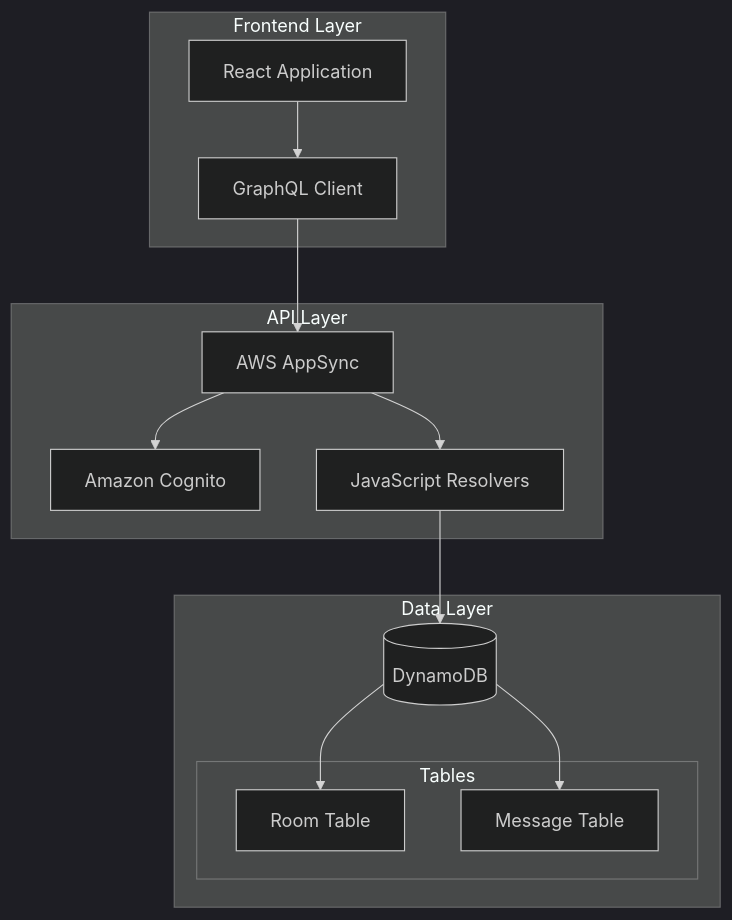
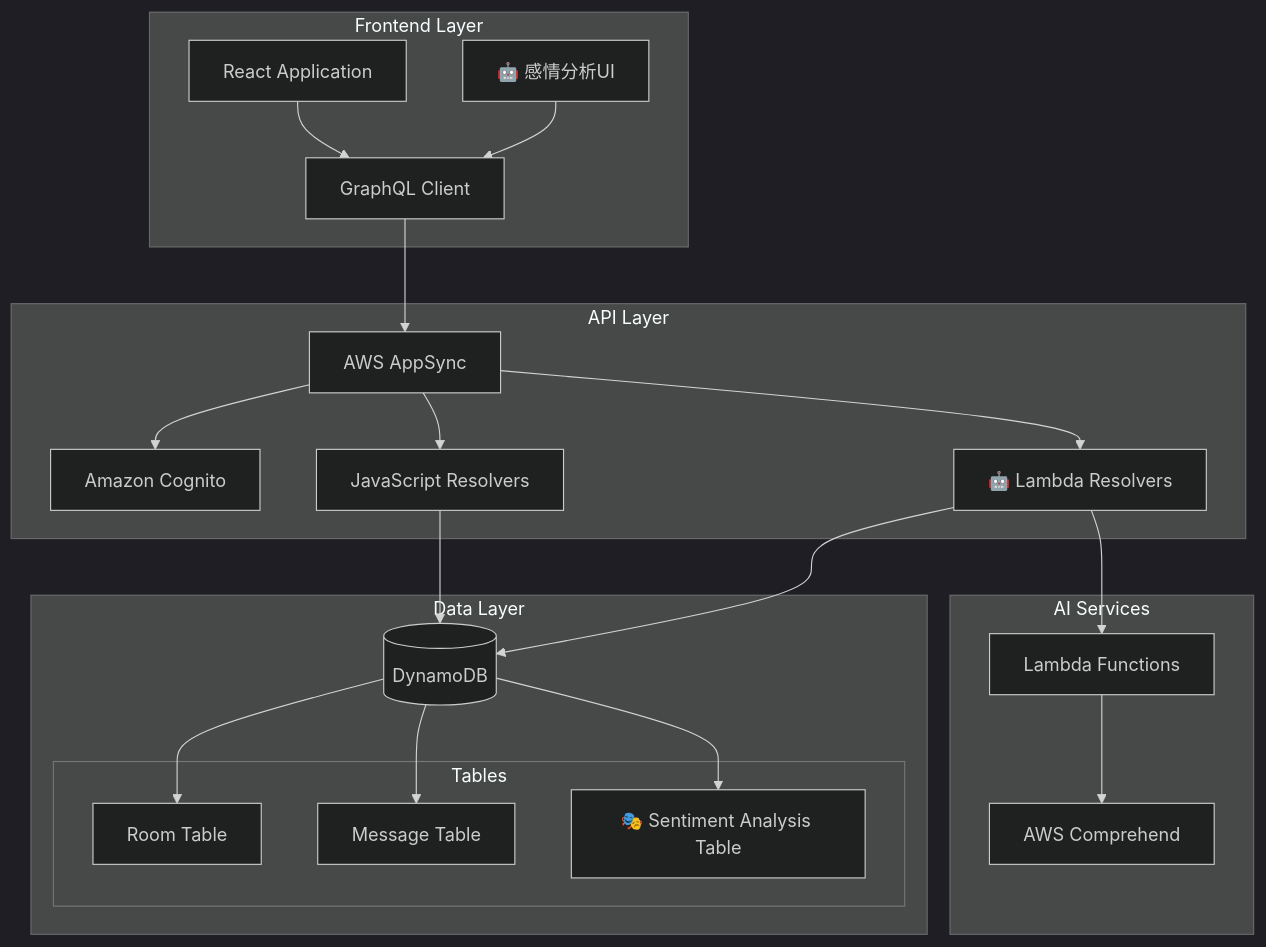
One commit to keitti73/chat_app_by_ai changed the first of 25 diagrams in doc/design/データベース設計詳細.md. Above: the diagram before and after it, drawn with Mermaid (dark theme). The commit also changed other lines of this file and 14 other files, not shown here.

First line of the commit message:
feat(lambda): Implement advanced sentiment analysis resolver with AWS Comprehend integration

````diff
--- a/doc/design/データベース設計詳細.md
+++ b/doc/design/データベース設計詳細.md
@@ -7,29 +7,43 @@
 ```mermaid
 flowchart TB
     subgraph "Frontend Layer"
         React[React Application]
         GraphQL[GraphQL Client]
+        SentimentUI[🤖 感情分析UI]
     end
     
     subgraph "API Layer"
         AppSync[AWS AppSync]
         Cognito[Amazon Cognito]
-        Resolvers[JavaScript Resolvers]
+        JSResolvers[JavaScript Resolvers]
+        LambdaResolvers[🤖 Lambda Resolvers]
+    end
+    
+    subgraph "AI Services"
+        Lambda[Lambda Functions]
+        Comprehend[AWS Comprehend]
     end
     
     subgraph "Data Layer"
         DynamoDB[(DynamoDB)]
         subgraph "Tables"
             RoomTable[Room Table]
             MessageTable[Message Table]
+            SentimentTable[🎭 Sentiment Analysis Table]
         end
     end
     
     React --> GraphQL
+    SentimentUI --> GraphQL
     GraphQL --> AppSync
     AppSync --> Cognito
-    AppSync --> Resolvers
-    Resolvers --> DynamoDB
+    AppSync --> JSResolvers
+    AppSync --> LambdaResolvers
+    LambdaResolvers --> Lambda
+    Lambda --> Comprehend
+    JSResolvers --> DynamoDB
+    LambdaResolvers --> DynamoDB
     DynamoDB --> RoomTable
     DynamoDB --> MessageTable
+    DynamoDB --> SentimentTable
 ```
````
